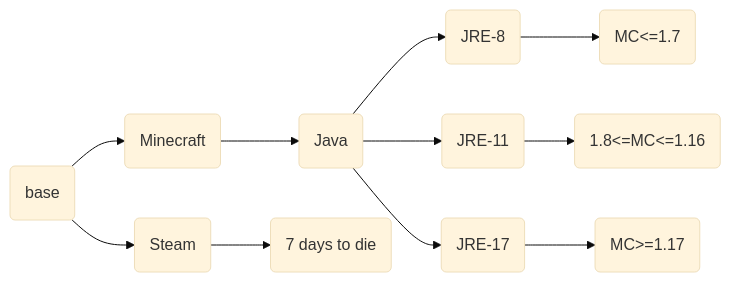
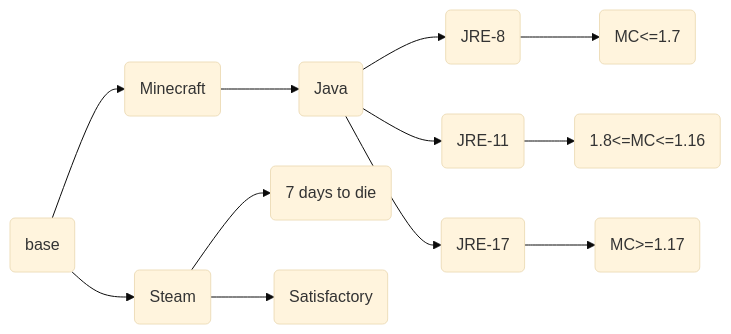
Before and after one commit to ben0i0d/gameserver-image-stacks: the diagram in README.md, drawn with Mermaid (base theme). The commit also changed other lines of this file and 3 other files, not shown here.

````diff
--- a/README.md
+++ b/README.md
@@ -12,9 +13,10 @@
 ```mermaid
 	graph LR
 	A(base)-->B(Minecraft)
 	B-->C(Java)
 	C-->D(JRE-8)-->G(MC<=1.7)
 	C-->E(JRE-11)-->H(1.8<=MC<=1.16)
     C-->F(JRE-17)-->I(MC>=1.17)
     A-->J(Steam)-->K(7 days to die)
+	J-->L(Satisfactory)
 ```
````
